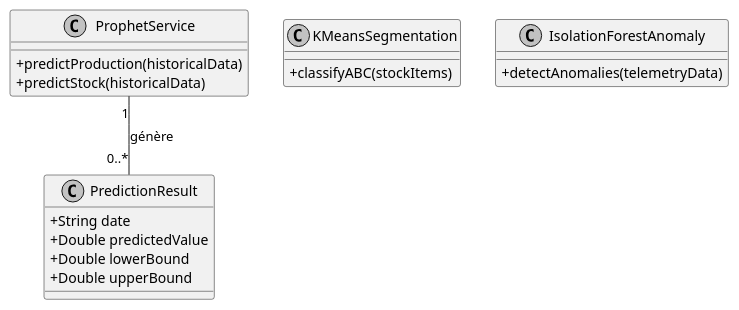
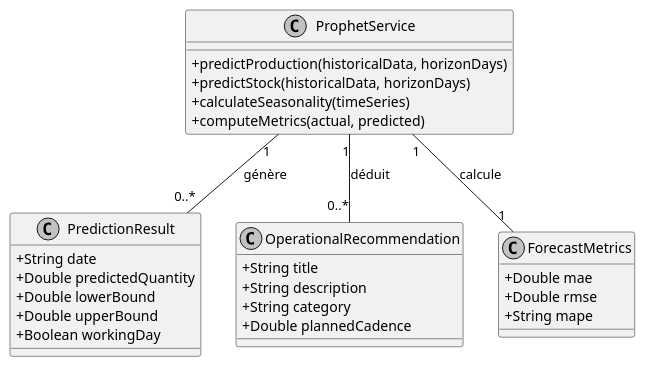
One commit to ayoubmek/PFE_data_science changed the diagram in Rapport/diagrams/sprint4_classes.puml. Above: the diagram before and after it, drawn with PlantUML. The commit also changed 34 other files, not shown here.

```diff
--- a/Rapport/diagrams/sprint4_classes.puml
+++ b/Rapport/diagrams/sprint4_classes.puml
@@ -1,29 +1,39 @@
-@startuml
+@startuml sprint4_classes
 skinparam monochrome true
 skinparam shadowing false
 skinparam classAttributeIconSize 0
 skinparam fontName "Arial"
 skinparam fontSize 12
 
 class ProphetService {
-    + predictProduction(historicalData)
-    + predictStock(historicalData)
-}
-
-class KMeansSegmentation {
-    + classifyABC(stockItems)
-}
-
-class IsolationForestAnomaly {
-    + detectAnomalies(telemetryData)
+    + predictProduction(historicalData, horizonDays)
+    + predictStock(historicalData, horizonDays)
+    + calculateSeasonality(timeSeries)
+    + computeMetrics(actual, predicted)
 }
 
 class PredictionResult {
     + String date
-    + Double predictedValue
+    + Double predictedQuantity
     + Double lowerBound
     + Double upperBound
+    + Boolean workingDay
+}
+
+class OperationalRecommendation {
+    + String title
+    + String description
+    + String category
+    + Double plannedCadence
+}
+
+class ForecastMetrics {
+    + Double mae
+    + Double rmse
+    + String mape
 }
 
 ProphetService "1" -- "0..*" PredictionResult : génère
+ProphetService "1" -- "0..*" OperationalRecommendation : déduit
+ProphetService "1" -- "1" ForecastMetrics : calcule
 @enduml
```
